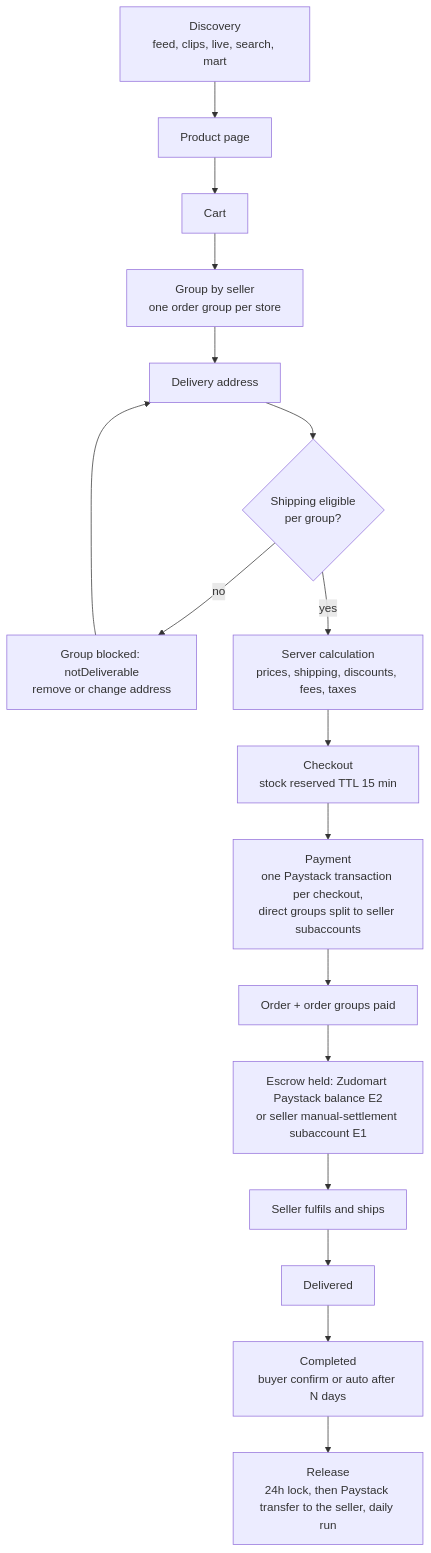
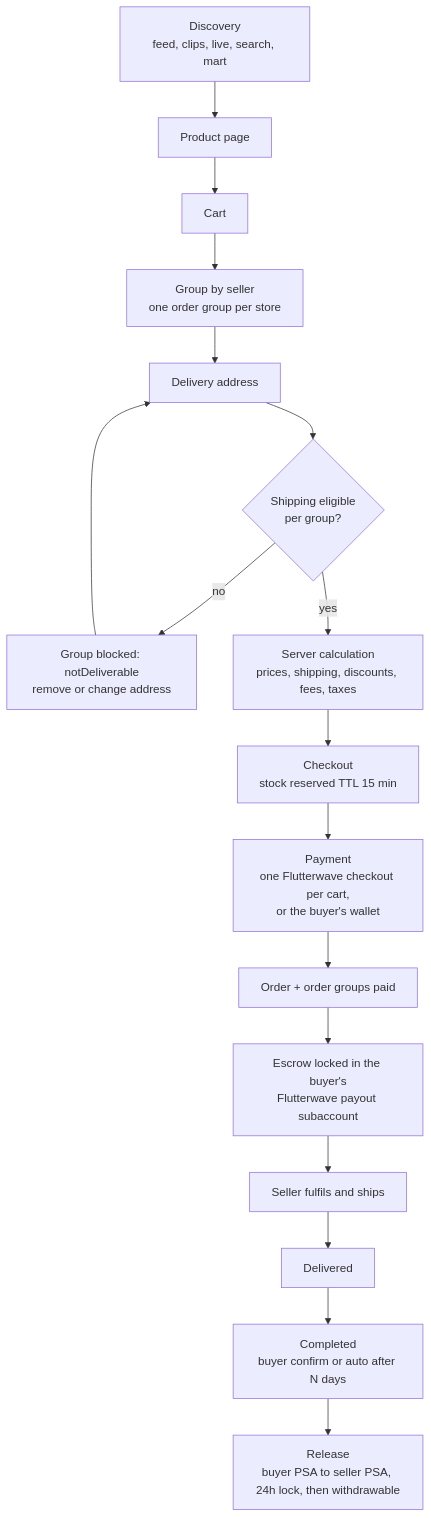
Before and after one commit to telente-technologies/nantty: the first of 5 diagrams in docs/architecture/marketplace.md, drawn with Mermaid. The commit also changed other lines of this file and 8 other files, not shown here.

Commit message:
docs/architecture batch 1

````diff
--- a/docs/architecture/marketplace.md
+++ b/docs/architecture/marketplace.md
@@ -19,19 +19,19 @@
 ```mermaid
 flowchart TD
   A[Discovery<br/>feed, clips, live, search, mart] --> B[Product page]
   B --> C[Cart]
   C --> D[Group by seller<br/>one order group per store]
   D --> E[Delivery address]
   E --> F{Shipping eligible<br/>per group?}
   F -- no --> F1[Group blocked: notDeliverable<br/>remove or change address]
   F -- yes --> G[Server calculation<br/>prices, shipping, discounts, fees, taxes]
   F1 --> E
   G --> H[Checkout<br/>stock reserved TTL 15 min]
-  H --> I[Payment<br/>one Paystack transaction per checkout,<br/>direct groups split to seller subaccounts]
+  H --> I[Payment<br/>one Flutterwave checkout per cart,<br/>or the buyer's wallet]
   I --> J[Order + order groups paid]
-  J --> K[Escrow held: Zudomart Paystack balance E2<br/>or seller manual-settlement subaccount E1]
+  J --> K[Escrow locked in the buyer's<br/>Flutterwave payout subaccount]
   K --> L[Seller fulfils and ships]
   L --> M[Delivered]
   M --> N[Completed<br/>buyer confirm or auto after N days]
-  N --> O[Release<br/>24h lock, then Paystack transfer to the seller, daily run]
+  N --> O[Release<br/>buyer PSA to seller PSA, 24h lock, then withdrawable]
 ```
````
